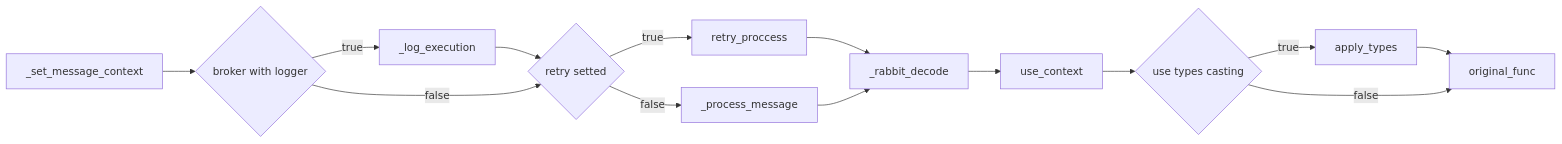
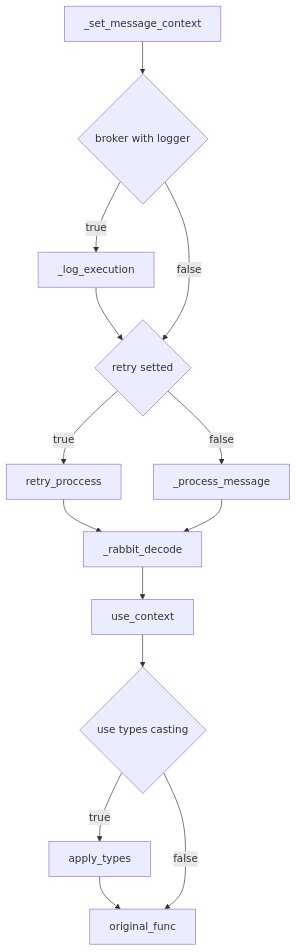
Before and after one commit to Lancetnik/Propan: the diagram in docs/DECORATORS.md, drawn with Mermaid.

Commit message:
specify decorators diagram

````diff
--- a/docs/DECORATORS.md
+++ b/docs/DECORATORS.md
@@ -3,24 +3,24 @@
 ```mermaid
-  flowchart LR
+  graph TD
     broker_logger{broker with logger}
     is_retry{retry setted}
     is_apply_types{use types casting}
 
     _set_message_context-->broker_logger
     
     broker_logger-->|true|_log_execution
     _log_execution-->is_retry
     broker_logger-->|false|is_retry
 
     is_retry-->|true|retry_proccess
     is_retry-->|false|_process_message
     retry_proccess-->_rabbit_decode
     _process_message-->_rabbit_decode
 
     _rabbit_decode-->use_context
     use_context-->is_apply_types
 
     is_apply_types-->|true|apply_types
     apply_types-->original_func
     is_apply_types-->|false|original_func
 ```
````
